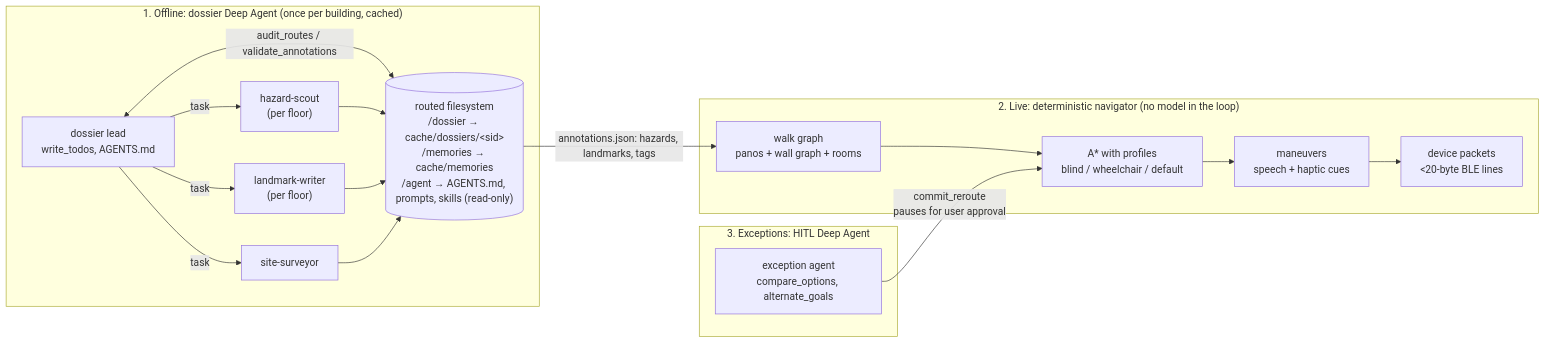
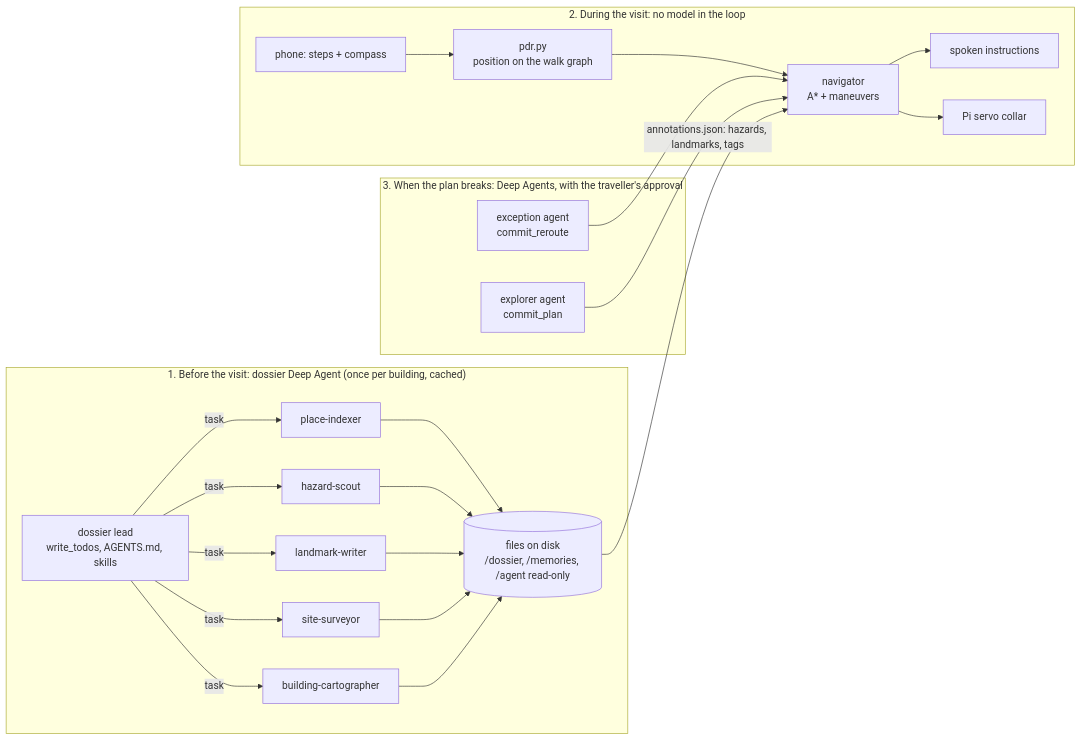
Before and after one commit to THEschildkrote/hackprinceton-26fa: the diagram in README.md, drawn with Mermaid. The commit also changed other lines of this file, not shown here.

````diff
--- a/README.md
+++ b/README.md
@@ -9,23 +13,28 @@
 ```mermaid
 flowchart LR
-  subgraph offline["1. Offline: dossier Deep Agent (once per building, cached)"]
-    lead["dossier lead<br/>write_todos, AGENTS.md"]
-    lead -->|task| scout["hazard-scout<br/>(per floor)"]
-    lead -->|task| lm["landmark-writer<br/>(per floor)"]
+  subgraph offline["1. Before the visit: dossier Deep Agent (once per building, cached)"]
+    lead["dossier lead<br/>write_todos, AGENTS.md, skills"]
+    lead -->|task| idx["place-indexer"]
+    lead -->|task| scout["hazard-scout"]
+    lead -->|task| lm["landmark-writer"]
     lead -->|task| site["site-surveyor"]
-    lead <-->|audit_routes / validate_annotations| fs
+    lead -->|task| carto["building-cartographer"]
+    idx --> fs
     scout --> fs
     lm --> fs
     site --> fs
-    fs[("routed filesystem<br/>/dossier → cache/dossiers/&lt;sid&gt;<br/>/memories → cache/memories<br/>/agent → AGENTS.md, prompts, skills (read-only)")]
+    carto --> fs
+    fs[("files on disk<br/>/dossier, /memories, /agent read-only")]
   end
-  subgraph live["2. Live: deterministic navigator (no model in the loop)"]
-    wg["walk graph<br/>panos + wall graph + rooms"] --> astar["A* with profiles<br/>blind / wheelchair / default"]
-    astar --> man["maneuvers<br/>speech + haptic cues"]
-    man --> dev["device packets<br/>&lt;20-byte BLE lines"]
+  subgraph live["2. During the visit: no model in the loop"]
+    phone["phone: steps + compass"] --> pdr["pdr.py<br/>position on the walk graph"]
+    pdr --> nav["navigator<br/>A* + maneuvers"]
+    nav --> say["spoken instructions"]
+    nav --> band["Pi servo collar"]
   end
-  subgraph exc["3. Exceptions: HITL Deep Agent"]
-    ex["exception agent<br/>compare_options, alternate_goals"] -->|commit_reroute<br/>pauses for user approval| astar
+  subgraph exc["3. When the plan breaks: Deep Agents, with the traveller's approval"]
+    ex["exception agent<br/>commit_reroute"] --> nav
+    exp["explorer agent<br/>commit_plan"] --> nav
   end
-  fs -->|annotations.json: hazards, landmarks, tags| wg
+  fs -->|annotations.json: hazards, landmarks, tags| nav
 ```
````
